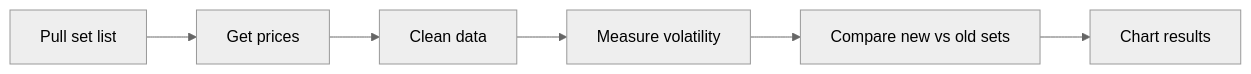
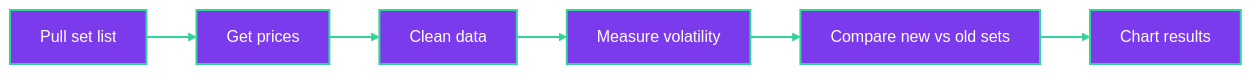
One commit to gbrunelli17-html/pokemon-tcg-volatility changed the diagram in README.md. Above: the diagram before and after it, drawn with Mermaid (neutral theme).

Commit message:
Color the pipeline diagram to match the icon
Added a flowchart to illustrate the data processing steps.

````diff
--- a/README.md
+++ b/README.md
@@ -40,8 +40,12 @@
 ```mermaid
 flowchart LR
     A[Pull set list] --> B[Get prices]
     B --> C[Clean data]
     C --> D[Measure volatility]
     D --> E[Compare new vs old sets]
     E --> F[Chart results]
+
+    classDef step fill:#7C3AED,stroke:#34D399,stroke-width:2px,color:#FFFFFF
+    class A,B,C,D,E,F step
+    linkStyle default stroke:#34D399,stroke-width:2px
 ```
````
